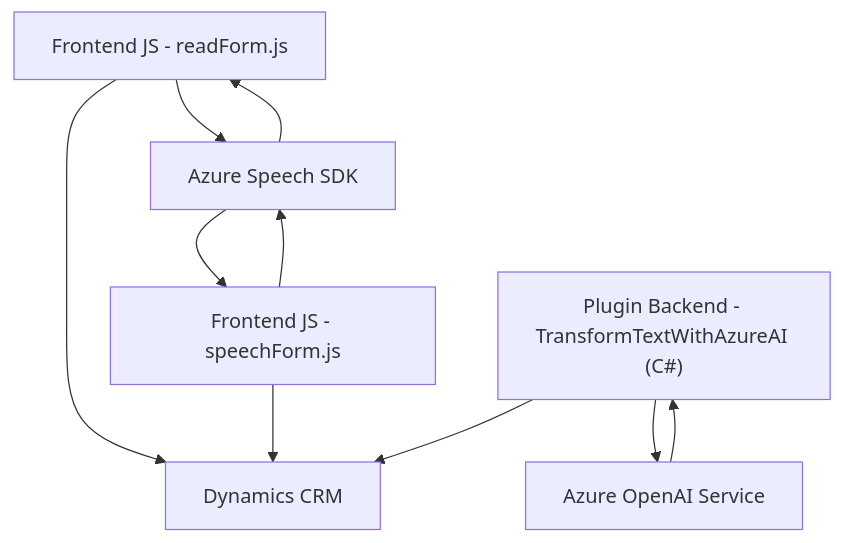
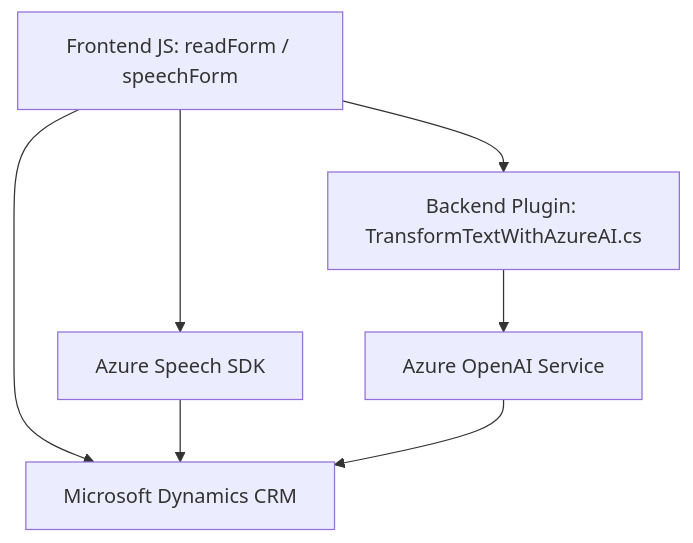
One commit to blopezdm/NETCORE_BILBAO2025 changed the diagram in README.md. Above: the diagram before and after it, drawn with Mermaid. The commit also changed other lines of this file, not shown here.

````diff
--- a/README.md
+++ b/README.md
@@ -34,19 +57,15 @@
 ```mermaid
 graph TD
-    A["Frontend JS - readForm.js"]
-    B["Frontend JS - speechForm.js"]
-    C["Plugin Backend - TransformTextWithAzureAI (C#)"]
-    D["Azure Speech SDK"]
-    E["Azure OpenAI Service"]
-    F["Dynamics CRM"]
+  A["Frontend JS: readForm / speechForm"]
+  B["Azure Speech SDK"]
+  C["Backend Plugin: TransformTextWithAzureAI.cs"]
+  D["Azure OpenAI Service"]
+  E["Microsoft Dynamics CRM"]
 
-    A-->D
-    A-->F
-    D-->A
-    B-->D
-    B-->F
-    D-->B
-    C-->E
-    C-->F
-    E-->C
+  A --> B
+  A --> E
+  B --> E
+  A --> C
+  C --> D
+  D --> E
 ```
````
